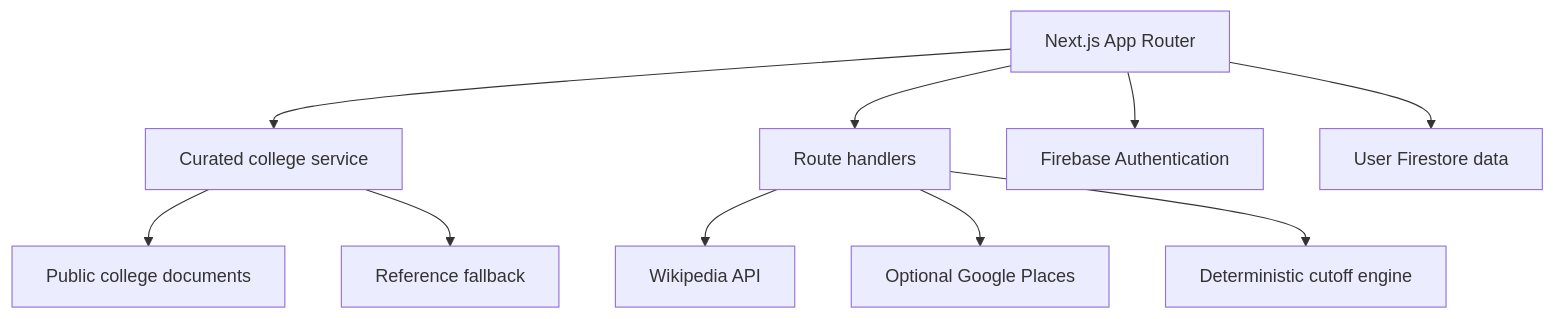
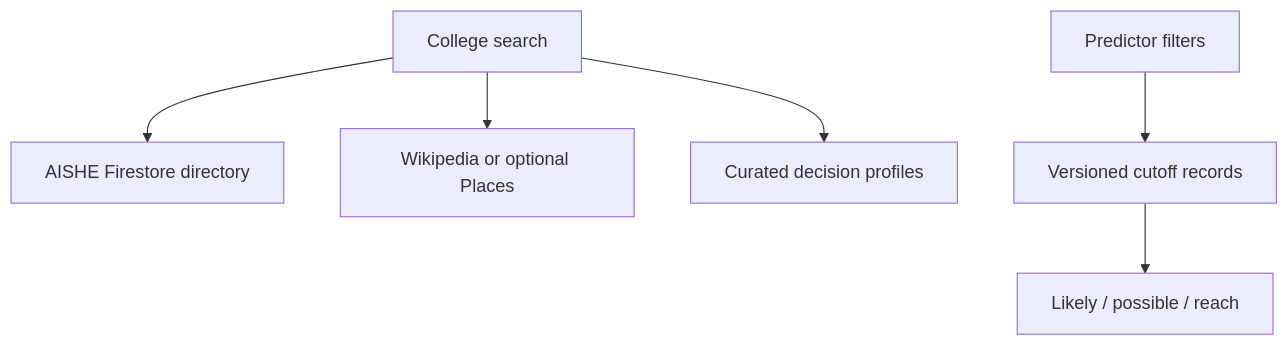
One commit to sejal-Kamble18/college-discovery-platform changed the diagram in README.md. Above: the diagram before and after it, drawn with Mermaid. The commit also changed other lines of this file and 36 other files, not shown here.

Commit message:
feat: scale college directory and cutoff planning

````diff
--- a/README.md
+++ b/README.md
@@ -27,12 +18,8 @@
 ```mermaid
 flowchart TD
-  UI["Next.js App Router"] --> Catalog["Curated college service"]
-  UI --> API["Route handlers"]
-  UI --> Auth["Firebase Authentication"]
-  UI --> UserData["User Firestore data"]
-  Catalog --> Firestore["Public college documents"]
-  Catalog --> Seed["Reference fallback"]
-  API --> PublicDir["Wikipedia API"]
-  API --> Places["Optional Google Places"]
-  API --> Predictor["Deterministic cutoff engine"]
+  Search["College search"] --> Directory["AISHE Firestore directory"]
+  Search --> Public["Wikipedia or optional Places"]
+  Search --> Profiles["Curated decision profiles"]
+  Predictor["Predictor filters"] --> Cutoffs["Versioned cutoff records"]
+  Cutoffs --> Bands["Likely / possible / reach"]
 ```
````
